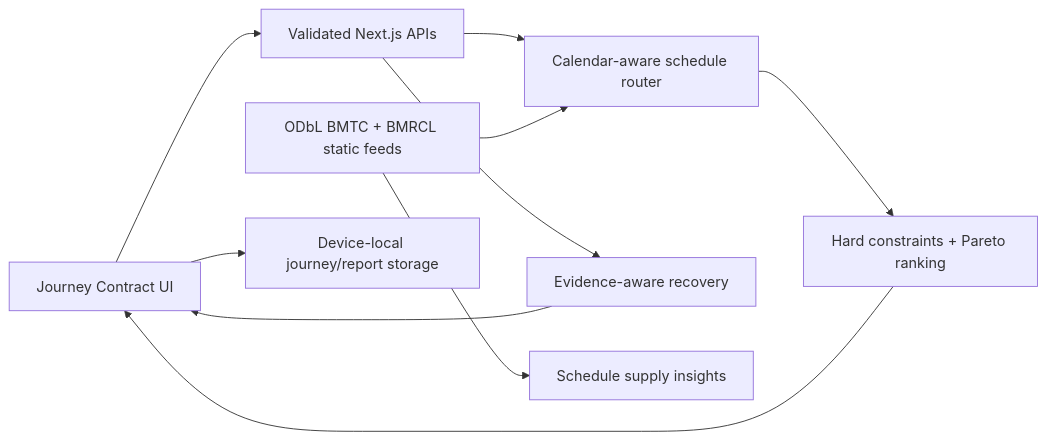
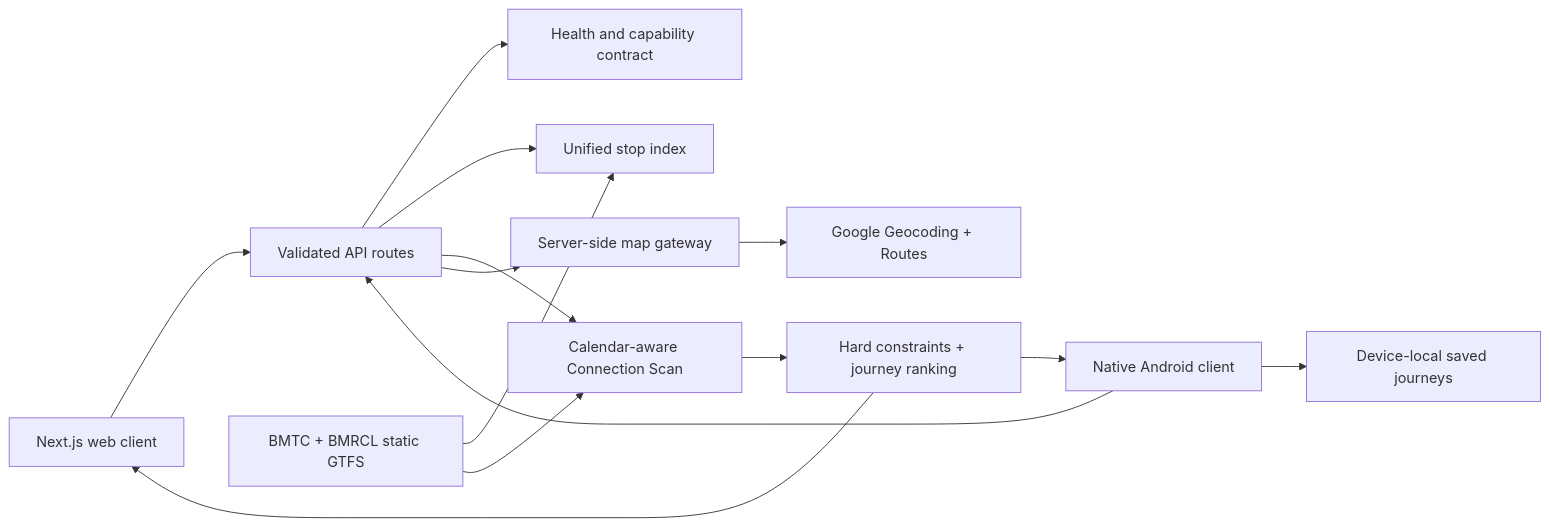
One commit to DSGAMING98/NammaLink changed the diagram in README.md. Above: the diagram before and after it, drawn with Mermaid. The commit also changed other lines of this file and 6 other files, not shown here.

````diff
--- a/README.md
+++ b/README.md
@@ -80,12 +87,16 @@
 ```mermaid
 flowchart LR
-    UI["Journey Contract UI"] --> API["Validated Next.js APIs"]
-    API --> ROUTER["Calendar-aware schedule router"]
-    DATA["ODbL BMTC + BMRCL static feeds"] --> ROUTER
-    ROUTER --> RANK["Hard constraints + Pareto ranking"]
-    RANK --> UI
-    API --> RECOVERY["Evidence-aware recovery"]
-    RECOVERY --> UI
-    DATA --> INSIGHTS["Schedule supply insights"]
-    UI --> LOCAL["Device-local journey/report storage"]
+    WEB["Next.js web client"] --> API["Validated API routes"]
+    ANDROID["Native Android client"] --> API
+    API --> HEALTH["Health and capability contract"]
+    API --> SEARCH["Unified stop index"]
+    API --> ROUTER["Calendar-aware Connection Scan"]
+    API --> MAPS["Server-side map gateway"]
+    GTFS["BMTC + BMRCL static GTFS"] --> SEARCH
+    GTFS --> ROUTER
+    ROUTER --> CONTRACTS["Hard constraints + journey ranking"]
+    MAPS --> GOOGLE["Google Geocoding + Routes"]
+    CONTRACTS --> WEB
+    CONTRACTS --> ANDROID
+    ANDROID --> LOCAL["Device-local saved journeys"]
 ```
````
